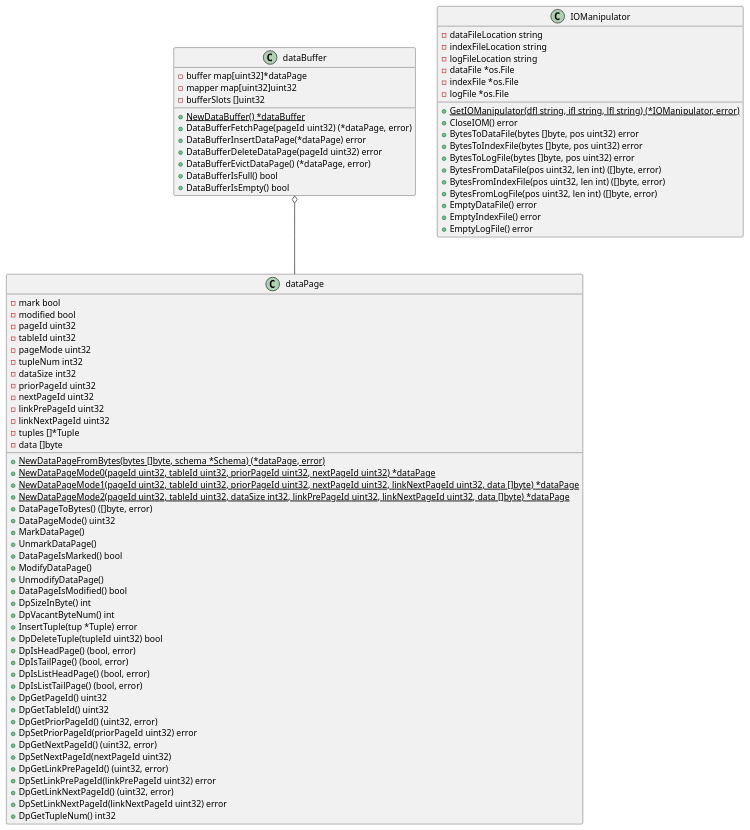
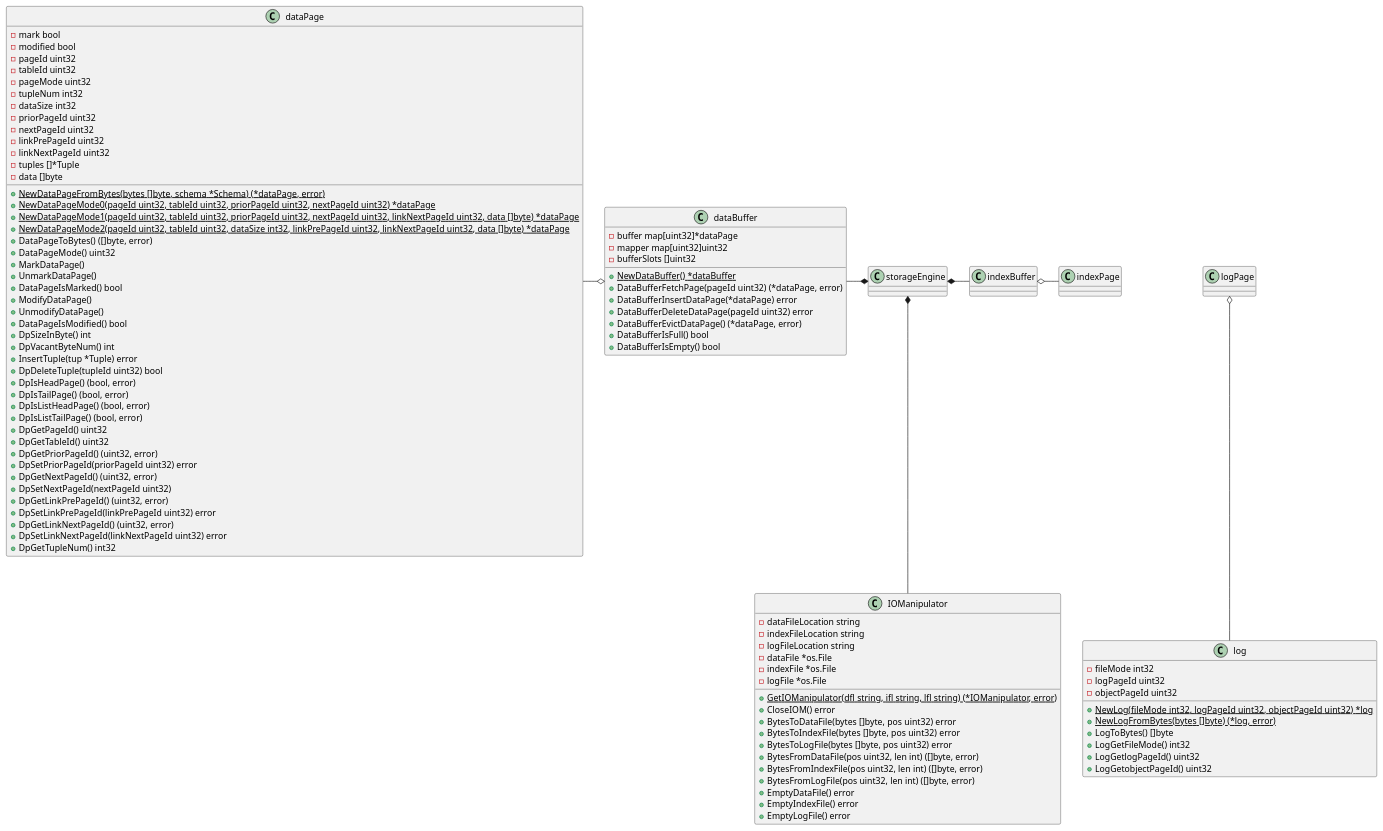
One commit to JorryJoestar/ZetaDB changed the diagram in UML/storage.wsd. Above: the diagram before and after it, drawn with PlantUML. The commit also changed 7 other files, not shown here.

Commit message:
logPage & log

```diff
--- a/UML/storage.wsd
+++ b/UML/storage.wsd
@@ -1,87 +1,122 @@
 @startuml
 
 class dataPage {
     -mark bool
     -modified bool
     -pageId uint32
     -tableId uint32
     -pageMode uint32
     -tupleNum int32
     -dataSize int32
     -priorPageId uint32
     -nextPageId uint32
     -linkPrePageId uint32
     -linkNextPageId uint32
     -tuples []*Tuple
     -data []byte
 
     +{static} NewDataPageFromBytes(bytes []byte, schema *Schema) (*dataPage, error)
     +{static} NewDataPageMode0(pageId uint32, tableId uint32, priorPageId uint32, nextPageId uint32) *dataPage
     +{static} NewDataPageMode1(pageId uint32, tableId uint32, priorPageId uint32, nextPageId uint32, linkNextPageId uint32, data []byte) *dataPage
     +{static} NewDataPageMode2(pageId uint32, tableId uint32, dataSize int32, linkPrePageId uint32, linkNextPageId uint32, data []byte) *dataPage
     +DataPageToBytes() ([]byte, error)
     +DataPageMode() uint32
     +MarkDataPage()
     +UnmarkDataPage()
     +DataPageIsMarked() bool
     +ModifyDataPage()
     +UnmodifyDataPage()
     +DataPageIsModified() bool
     +DpSizeInByte() int
     +DpVacantByteNum() int
     +InsertTuple(tup *Tuple) error
     +DpDeleteTuple(tupleId uint32) bool
     +DpIsHeadPage() (bool, error)
     +DpIsTailPage() (bool, error)
     +DpIsListHeadPage() (bool, error)
     +DpIsListTailPage() (bool, error)
     +DpGetPageId() uint32
     +DpGetTableId() uint32
     +DpGetPriorPageId() (uint32, error)
     +DpSetPriorPageId(priorPageId uint32) error
     +DpGetNextPageId() (uint32, error)
     +DpSetNextPageId(nextPageId uint32)
     +DpGetLinkPrePageId() (uint32, error)
     +DpSetLinkPrePageId(linkPrePageId uint32) error
     +DpGetLinkNextPageId() (uint32, error)
     +DpSetLinkNextPageId(linkNextPageId uint32) error
     +DpGetTupleNum() int32
 }
 
 class IOManipulator {
     -dataFileLocation string
     -indexFileLocation string
     -logFileLocation string
     -dataFile *os.File
     -indexFile *os.File
     -logFile *os.File
 
     +{static} GetIOManipulator(dfl string, ifl string, lfl string) (*IOManipulator, error)
     +CloseIOM() error
     +BytesToDataFile(bytes []byte, pos uint32) error
     +BytesToIndexFile(bytes []byte, pos uint32) error
     +BytesToLogFile(bytes []byte, pos uint32) error
     +BytesFromDataFile(pos uint32, len int) ([]byte, error)
     +BytesFromIndexFile(pos uint32, len int) ([]byte, error)
     +BytesFromLogFile(pos uint32, len int) ([]byte, error)
     +EmptyDataFile() error
     +EmptyIndexFile() error
     +EmptyLogFile() error
 }
 
 class dataBuffer {
     -buffer map[uint32]*dataPage
     -mapper map[uint32]uint32
     -bufferSlots []uint32
     +{static} NewDataBuffer() *dataBuffer
     +DataBufferFetchPage(pageId uint32) (*dataPage, error)
     +DataBufferInsertDataPage(*dataPage) error
     +DataBufferDeleteDataPage(pageId uint32) error
     +DataBufferEvictDataPage() (*dataPage, error)
     +DataBufferIsFull() bool
     +DataBufferIsEmpty() bool
 }
 
-dataBuffer o-- dataPage
+class storageEngine {
+
+}
+
+class indexBuffer {
+
+}
+
+class indexPage {
+
+}
+
+class logPage {
+
+}
+
+class log {
+    -fileMode int32
+	-logPageId uint32
+	-objectPageId uint32
+    +{static} NewLog(fileMode int32, logPageId uint32, objectPageId uint32) *log
+    +{static} NewLogFromBytes(bytes []byte) (*log, error)
+    +LogToBytes() []byte
+    +LogGetFileMode() int32
+    +LogGetlogPageId() uint32
+    +LogGetobjectPageId() uint32
+}
+
+storageEngine *-down- IOManipulator
+storageEngine *-left- dataBuffer
+dataBuffer o-left- dataPage
+storageEngine *-right- indexBuffer
+indexBuffer o-right- indexPage
+logPage o-- log
+
+
 
 @enduml
```
